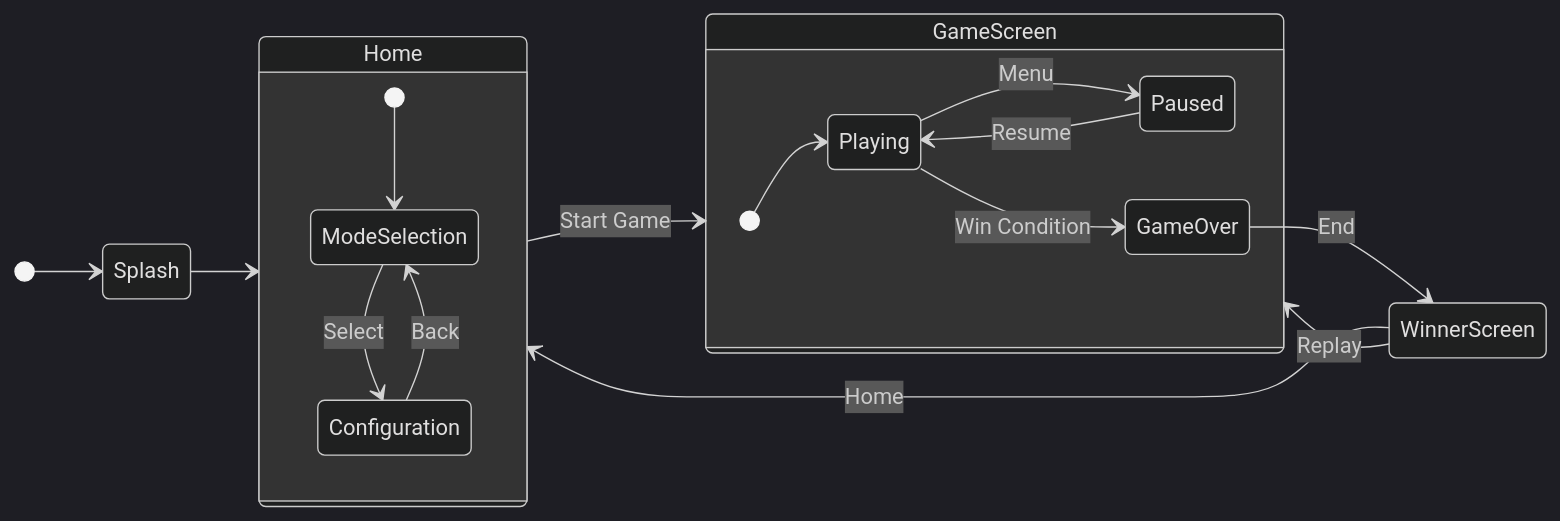
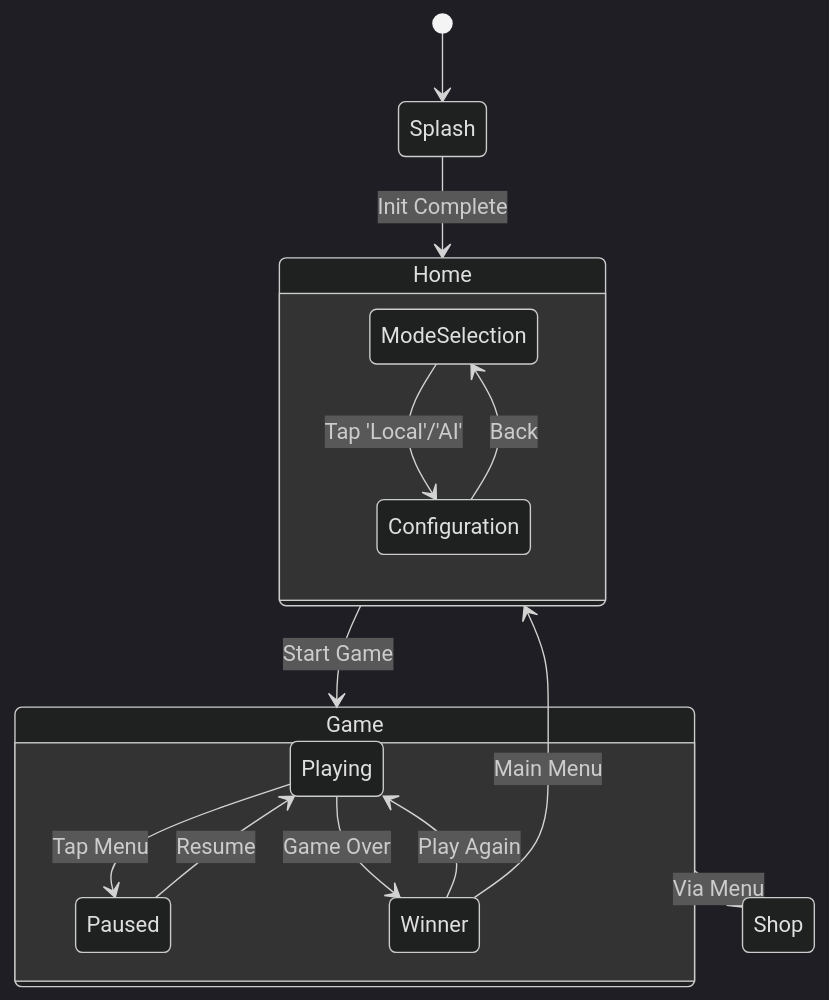
One commit to saatvik333/chain-reaction-reborn changed the sixth of 7 diagrams in architecture.md. Above: the diagram before and after it, drawn with Mermaid (dark theme). The commit also changed other lines of this file and 78 other files, not shown here.

````diff
--- a/architecture.md
+++ b/architecture.md
@@ -151,25 +356,22 @@
 ```mermaid
 stateDiagram-v2
-    direction LR
     [*] --> Splash
-    Splash --> Home
+    Splash --> Home : Init Complete
 
     state Home {
-        [*] --> ModeSelection
-        ModeSelection --> Configuration : Select
+        ModeSelection --> Configuration : Tap 'Local'/'AI'
         Configuration --> ModeSelection : Back
     }
 
-    Home --> GameScreen : Start Game
+    Home --> Game : Start Game
     
-    state GameScreen {
-        [*] --> Playing
-        Playing --> Paused : Menu
+    state Game {
+        Playing --> Paused : Tap Menu
         Paused --> Playing : Resume
-        Playing --> GameOver : Win Condition
+        Playing --> Winner : Game Over
+        Winner --> Playing : Play Again
     }
-
-    GameOver --> WinnerScreen : End
-    WinnerScreen --> Home : Home
-    WinnerScreen --> GameScreen : Replay
+    
+    Winner --> Home : Main Menu
+    Game --> Shop : Via Menu
 ```
````
